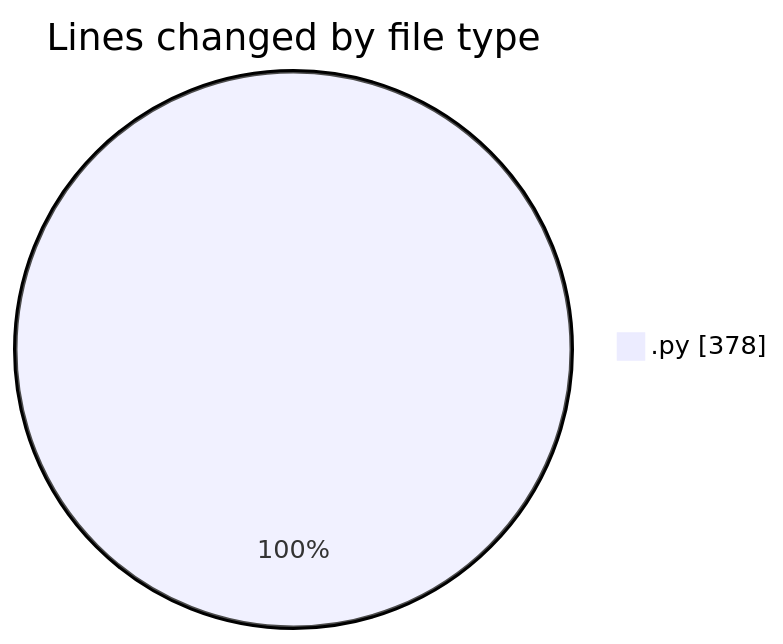
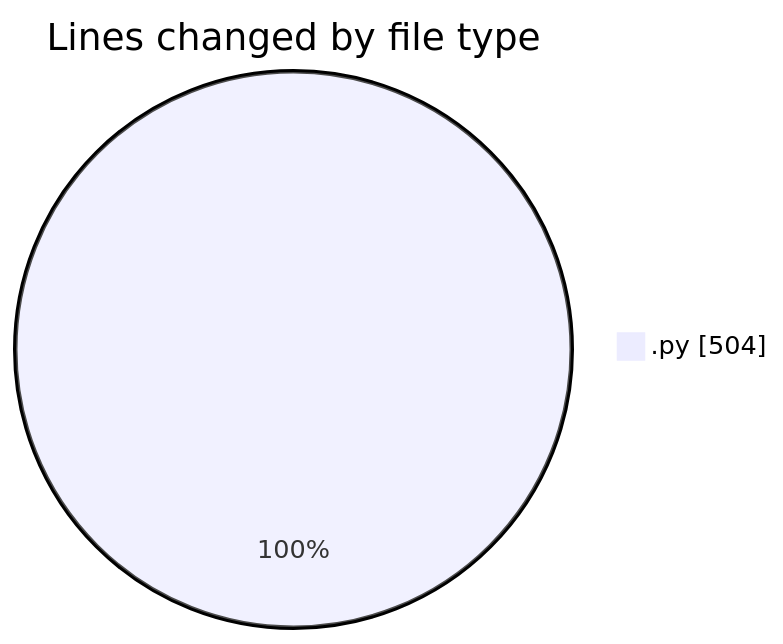
One commit to MatusMokan/code-tracking changed the first of 2 diagrams in 2025-10-25/untitled__workspace_/README.md. Above: the diagram before and after it, drawn with Mermaid. The commit also changed other lines of this file and 1 other file, not shown here.

````diff
--- a/2025-10-25/untitled__workspace_/README.md
+++ b/2025-10-25/untitled__workspace_/README.md
@@ -20,5 +20,5 @@
 ```mermaid
 pie showData
 title Lines changed by file type
-".py" : 378
+".py" : 504
 ```
````
